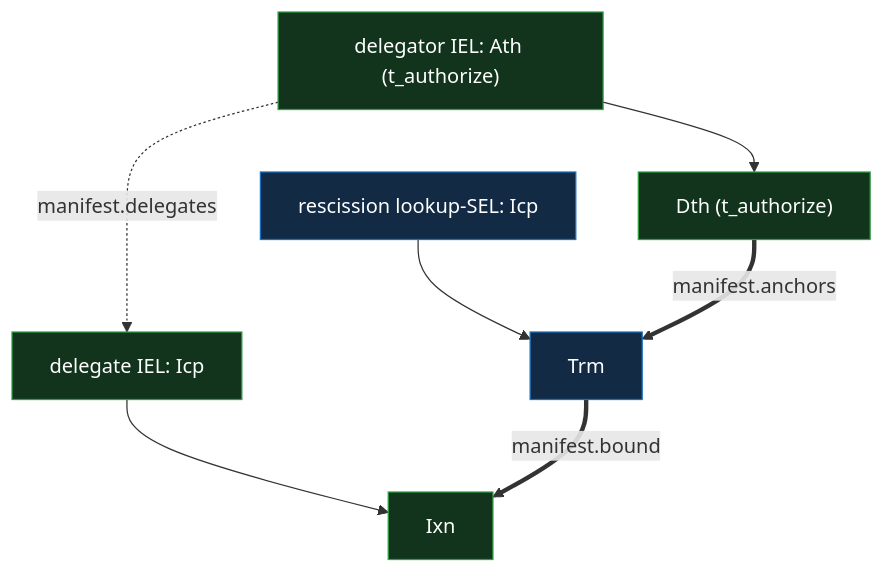
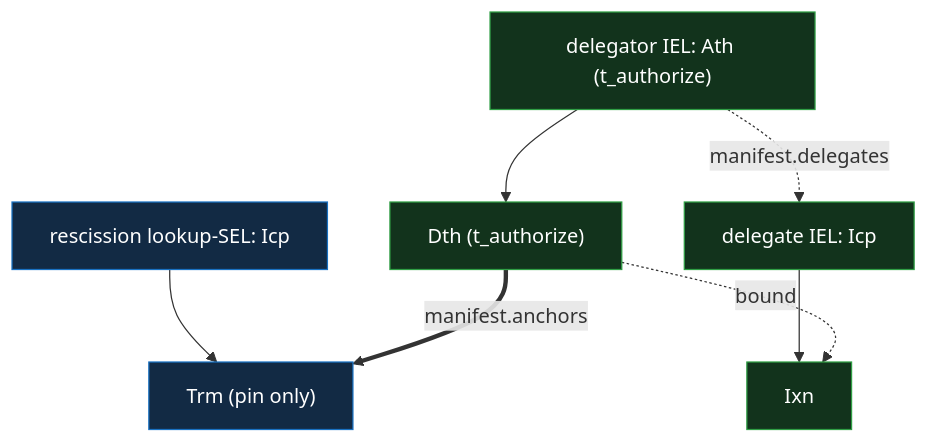
Before and after one commit to jasoncolburne/vdti: the diagram in docs/design/primitives/data/event-logs/iel/delegation.md, drawn with Mermaid. The commit also changed other lines of this file and 4 other files, not shown here.

````diff
--- a/docs/design/primitives/data/event-logs/iel/delegation.md
+++ b/docs/design/primitives/data/event-logs/iel/delegation.md
@@ -18,11 +30,11 @@
 ```mermaid
 flowchart TB
   dAth["delegator IEL: Ath (t_authorize)"]:::iel --> dDth["Dth (t_authorize)"]:::iel
-  rIcp["rescission lookup-SEL: Icp"]:::sel --> rTrm["Trm"]:::sel
+  rIcp["rescission lookup-SEL: Icp"]:::sel --> rTrm["Trm (pin only)"]:::sel
   P["delegate IEL: Icp"]:::iel --> Q["Ixn"]:::iel
   dAth -.->|manifest.delegates| P
   dDth ==>|manifest.anchors| rTrm
-  rTrm ==>|manifest.bound| Q
+  dDth -.->|bound| Q
   classDef iel fill:#12331c,stroke:#2f9e44,color:#fff
   classDef sel fill:#122a44,stroke:#1971c2,color:#fff
 ```
````
